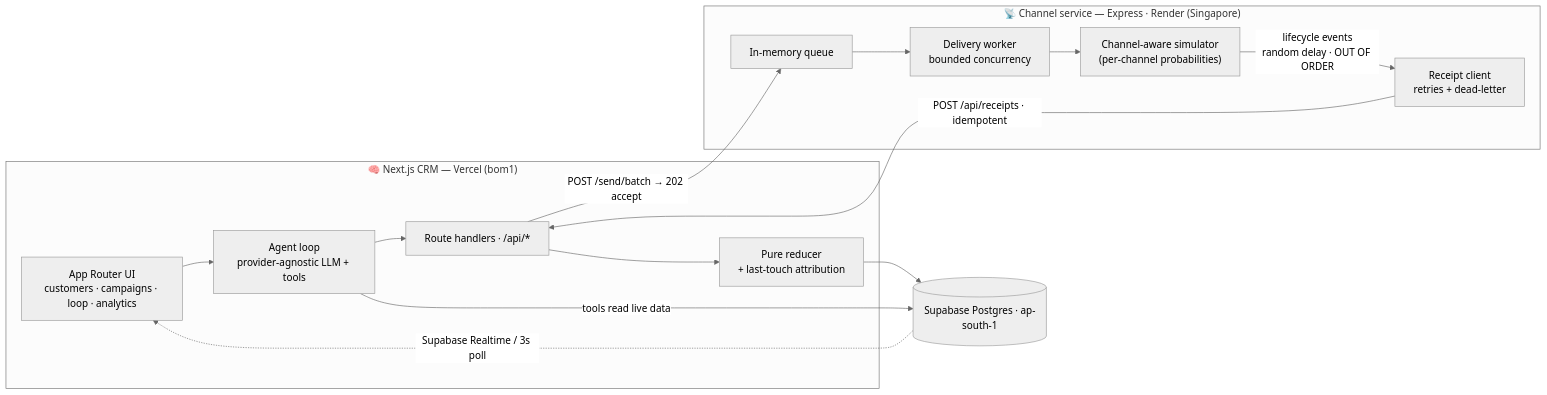
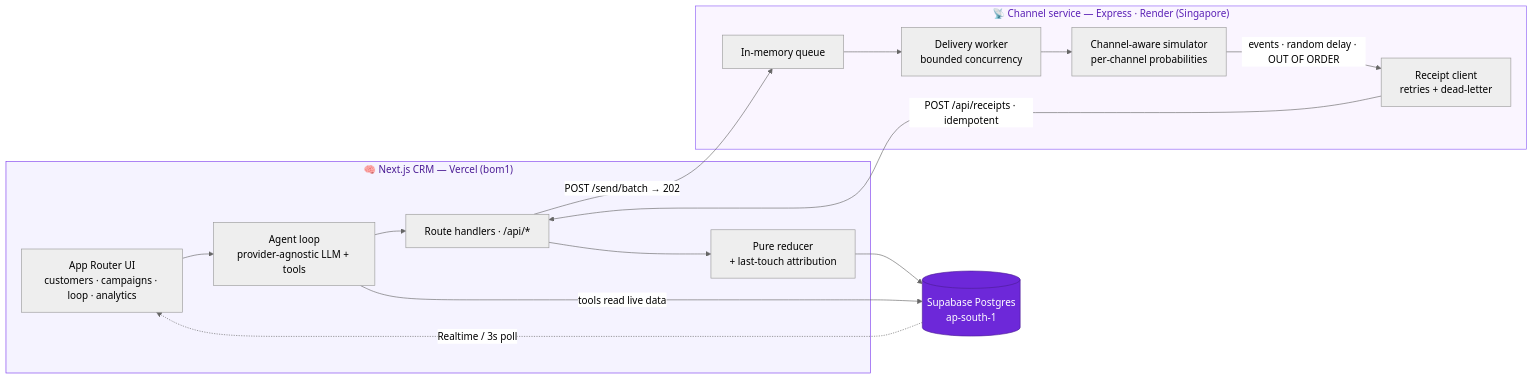
The diagram in README.md (HXRIkumar/xeno-loop), drawn with Mermaid (neutral theme) before and after one commit. The commit also changed other lines of this file, not shown here.

````diff
--- a/README.md
+++ b/README.md
@@ -71,27 +81,32 @@
 ```mermaid
 flowchart LR
     subgraph CRM["🧠 Next.js CRM — Vercel (bom1)"]
         UI["App Router UI<br/>customers · campaigns · loop · analytics"]
         AGENT["Agent loop<br/>provider-agnostic LLM + tools"]
         API["Route handlers · /api/*"]
         RED["Pure reducer<br/>+ last-touch attribution"]
     end
 
     subgraph CH["📡 Channel service — Express · Render (Singapore)"]
         Q["In-memory queue"]
         W["Delivery worker<br/>bounded concurrency"]
-        SIM["Channel-aware simulator<br/>(per-channel probabilities)"]
+        SIM["Channel-aware simulator<br/>per-channel probabilities"]
         RC["Receipt client<br/>retries + dead-letter"]
     end
 
-    DB[("Supabase Postgres · ap-south-1")]
+    DB[("Supabase Postgres<br/>ap-south-1")]
 
     UI --> AGENT --> API
-    API -- "POST /send/batch → 202 accept" --> Q
+    API -- "POST /send/batch → 202" --> Q
     Q --> W --> SIM
-    SIM -- "lifecycle events<br/>random delay · OUT OF ORDER" --> RC
+    SIM -- "events · random delay · OUT OF ORDER" --> RC
     RC -- "POST /api/receipts · idempotent" --> API
     API --> RED --> DB
     AGENT -- "tools read live data" --> DB
-    DB -. "Supabase Realtime / 3s poll" .-> UI
+    DB -. "Realtime / 3s poll" .-> UI
+
+    classDef db fill:#6D28D9,stroke:#4C1D95,color:#ffffff;
+    class DB db;
+    style CRM fill:#F5F3FF,stroke:#7C3AED,color:#4C1D95;
+    style CH fill:#FAF5FF,stroke:#8B5CF6,color:#5B21B6;
 ```
````
